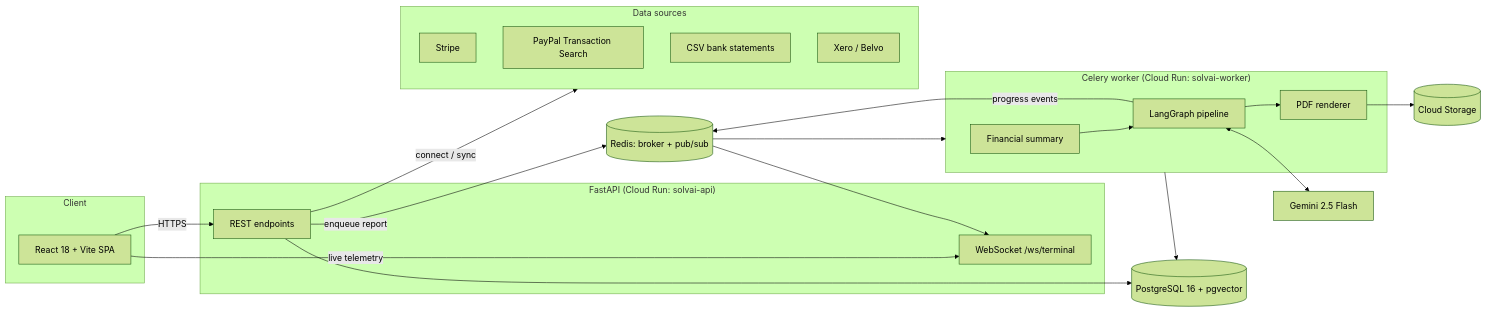
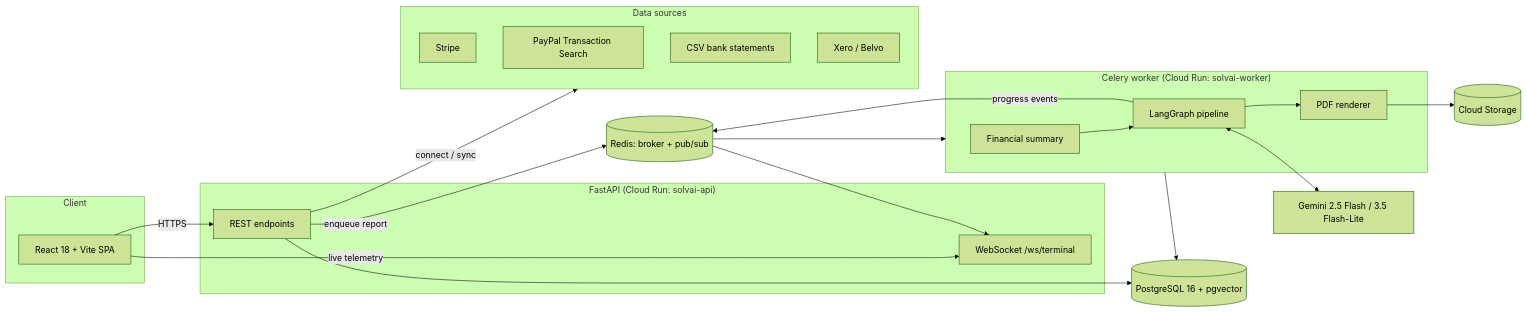
One commit to Gonzaloogm/SolvAI changed the diagram in docs/architecture.md. Above: the diagram before and after it, drawn with Mermaid (forest theme). The commit also changed other lines of this file and 7 other files, not shown here.

````diff
--- a/docs/architecture.md
+++ b/docs/architecture.md
@@ -5,41 +5,41 @@
 ```mermaid
 flowchart LR
     subgraph Client
         UI[React 18 + Vite SPA]
     end
 
     subgraph API["FastAPI (Cloud Run: solvai-api)"]
         REST[REST endpoints]
         WS[WebSocket /ws/terminal]
     end
 
     subgraph Worker["Celery worker (Cloud Run: solvai-worker)"]
         SUM[Financial summary]
         LG[LangGraph pipeline]
         PDF[PDF renderer]
     end
 
     subgraph Sources[Data sources]
         STRIPE[Stripe]
         PAYPAL[PayPal Transaction Search]
         CSV[CSV bank statements]
         XERO[Xero / Belvo]
     end
 
     DB[(PostgreSQL 16 + pgvector)]
     REDIS[(Redis: broker + pub/sub)]
-    GEMINI[Gemini 2.5 Flash]
+    GEMINI[Gemini 2.5 Flash / 3.5 Flash-Lite]
     GCS[(Cloud Storage)]
 
     UI -- HTTPS --> REST
     UI -- live telemetry --> WS
     REST -- connect / sync --> Sources
     REST --> DB
     REST -- enqueue report --> REDIS
     REDIS --> Worker
     SUM --> LG --> PDF
     LG <--> GEMINI
     LG -- progress events --> REDIS --> WS
     PDF --> GCS
     Worker --> DB
 ```
````
